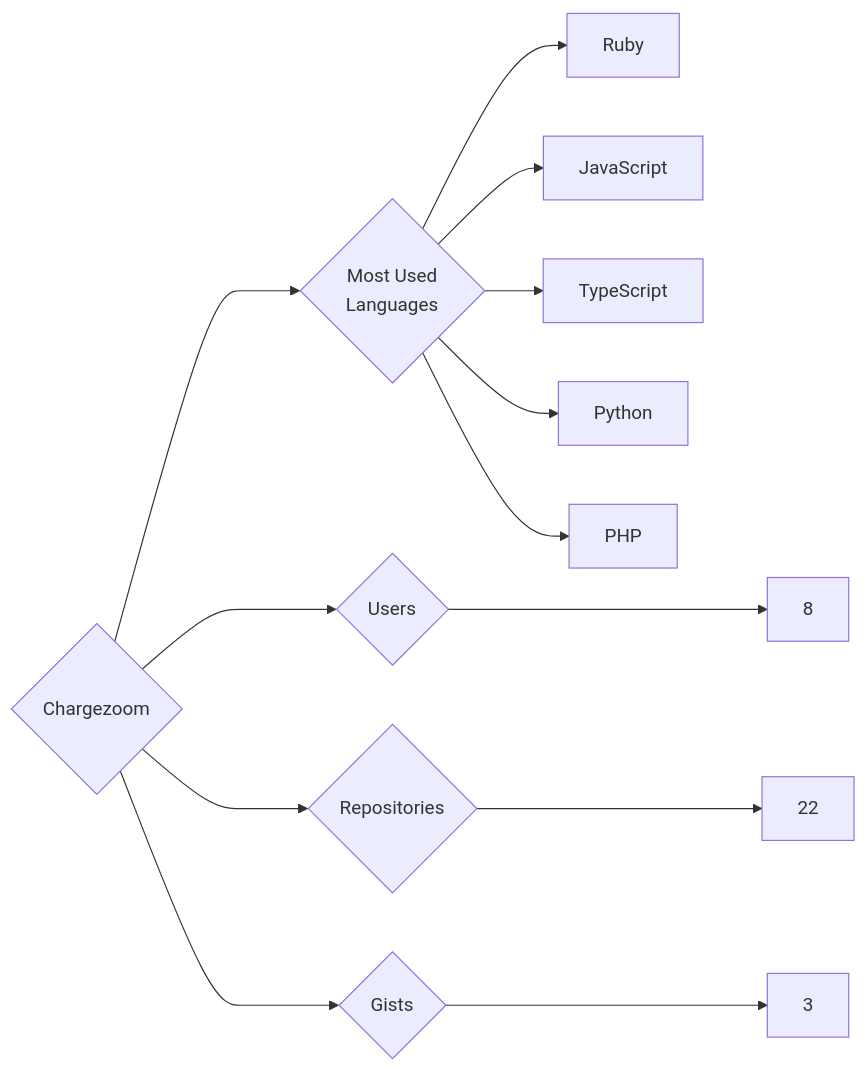
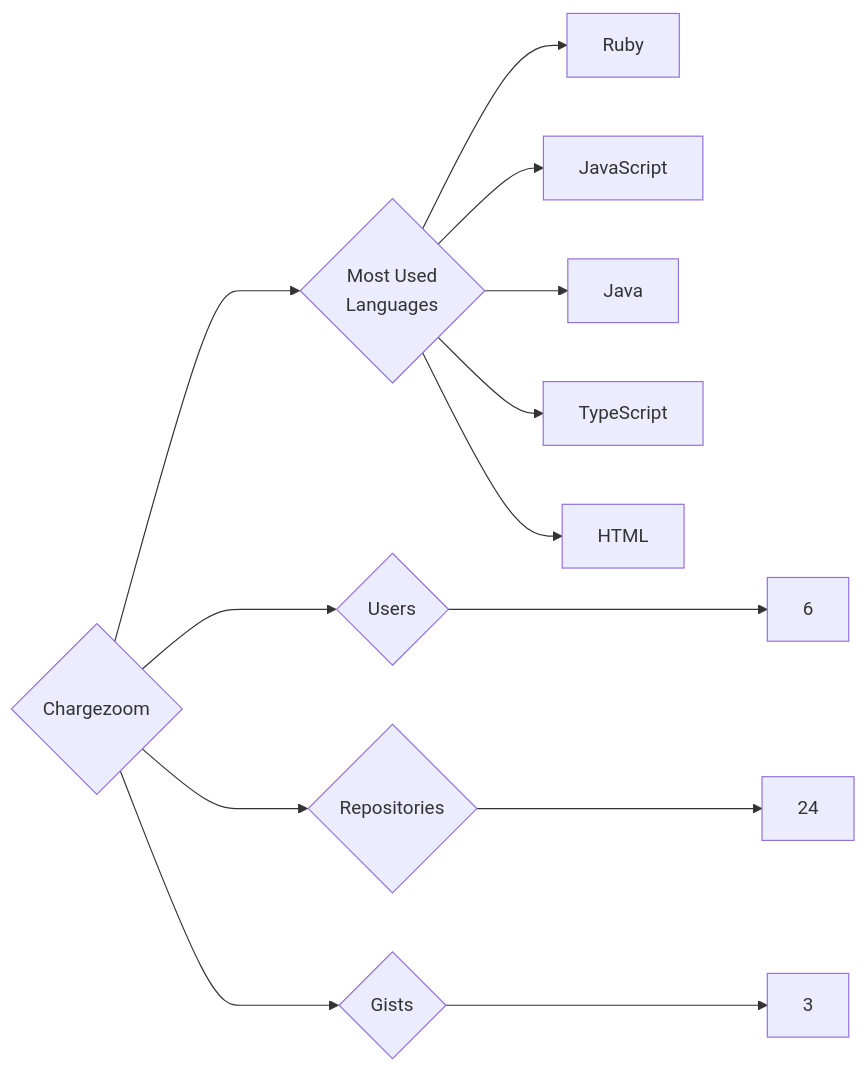
The diagram in targets/Chargezoom/README.md (trickest/insiders), drawn with Mermaid before and after one commit. The commit also changed 611 other files, not shown here.

````diff
--- a/targets/Chargezoom/README.md
+++ b/targets/Chargezoom/README.md
@@ -3,13 +3,13 @@
 ```mermaid
 graph LR
 COMPANY_NAME{Chargezoom}
-COMPANY_NAME ---> U{Users} ---> UN[8]
-COMPANY_NAME ---> R{Repositories} ---> RN[22]
+COMPANY_NAME ---> U{Users} ---> UN[6]
+COMPANY_NAME ---> R{Repositories} ---> RN[24]
 COMPANY_NAME ---> G{Gists} ---> GN[3]
 COMPANY_NAME ---> ML{Most Used<br>Languages}
 ML --> Ruby[Ruby]
 ML --> JavaScript[JavaScript]
+ML --> Java[Java]
 ML --> TypeScript[TypeScript]
-ML --> Python[Python]
-ML --> PHP[PHP]
+ML --> HTML[HTML]
 ```
````
